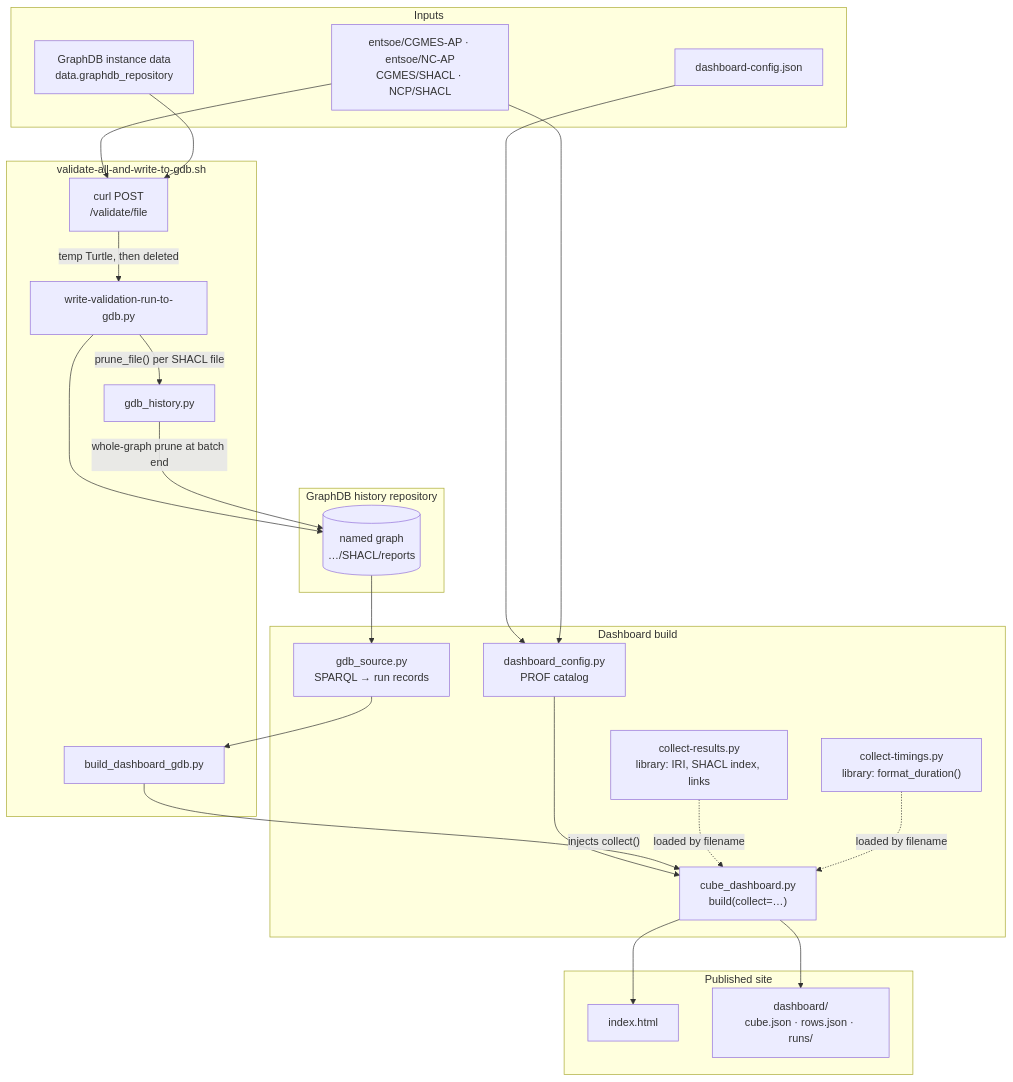
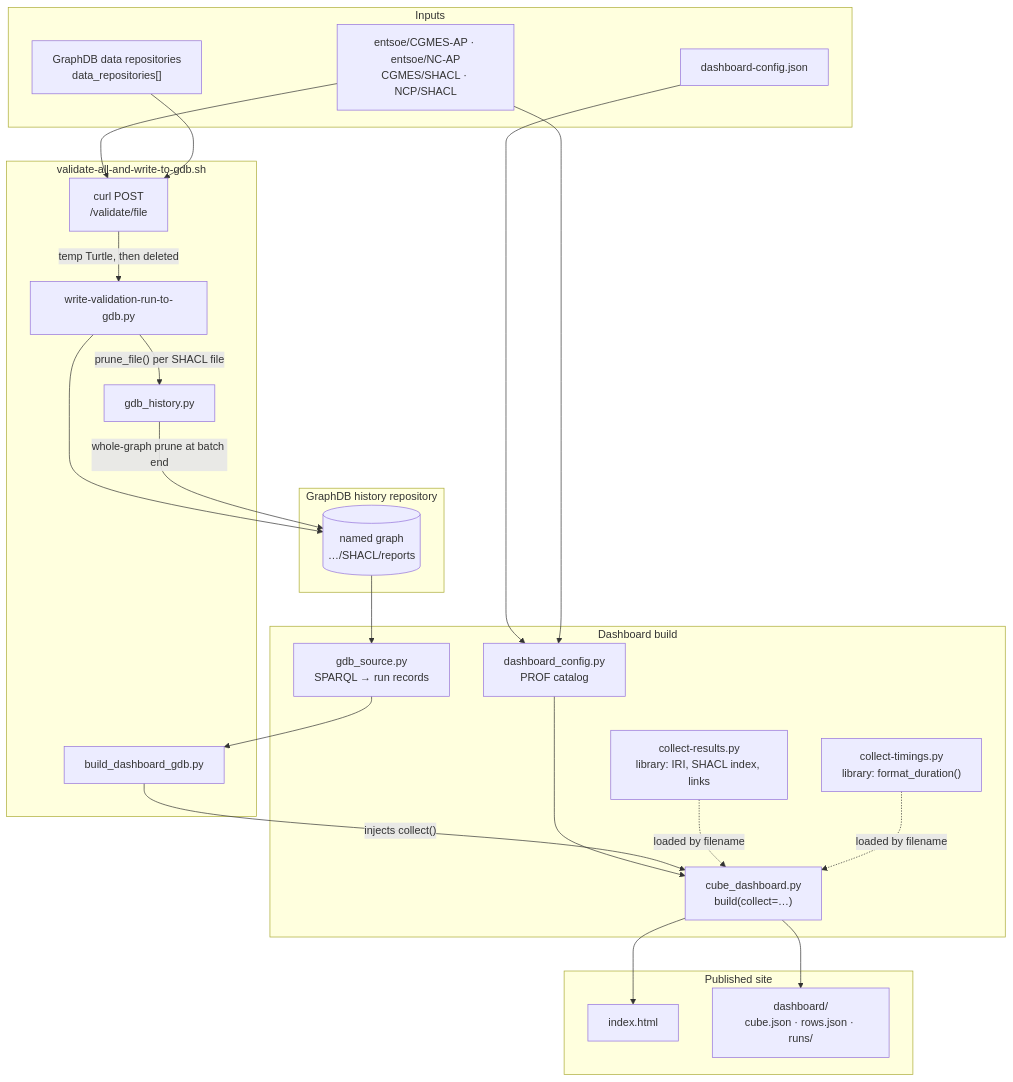
One commit to Ontotext-AD/cim-validate changed the diagram in README.md. Above: the diagram before and after it, drawn with Mermaid. The commit also changed other lines of this file and 10 other files, not shown here.

````diff
--- a/README.md
+++ b/README.md
@@ -39,49 +39,49 @@
 ```mermaid
 flowchart TB
   subgraph inputs["Inputs"]
     APL["entsoe/CGMES-AP · entsoe/NC-AP<br/>CGMES/SHACL · NCP/SHACL"]
     CFG["dashboard-config.json"]
-    DATA["GraphDB instance data<br/>data.graphdb_repository"]
+    DATA["GraphDB data repositories<br/>data_repositories[]"]
   end
 
   subgraph pipeline["validate-all-and-write-to-gdb.sh"]
     CURL["curl POST<br/>/validate/file"]
     WR["write-validation-run-to-gdb.py"]
     GH["gdb_history.py"]
     BD["build_dashboard_gdb.py"]
   end
 
   subgraph graph["GraphDB history repository"]
     HIST[("named graph<br/>…/SHACL/reports")]
   end
 
   subgraph render["Dashboard build"]
     GS["gdb_source.py<br/>SPARQL → run records"]
     DC["dashboard_config.py<br/>PROF catalog"]
     CUBE["cube_dashboard.py<br/>build(collect=…)"]
     CR["collect-results.py<br/>library: IRI, SHACL index, links"]
     CT["collect-timings.py<br/>library: format_duration()"]
   end
 
   subgraph out["Published site"]
     HTML["index.html"]
     DASH["dashboard/<br/>cube.json · rows.json · runs/"]
   end
 
   APL --> CURL
   DATA --> CURL
   CURL -->|"temp Turtle, then deleted"| WR
   WR --> HIST
   WR -->|"prune_file() per SHACL file"| GH
   GH -->|"whole-graph prune at batch end"| HIST
   HIST --> GS
   CFG --> DC
   APL --> DC
   GS --> BD
   DC --> CUBE
   BD -->|"injects collect()"| CUBE
   CR -.->|"loaded by filename"| CUBE
   CT -.->|"loaded by filename"| CUBE
   CUBE --> HTML
   CUBE --> DASH
 ```
````
